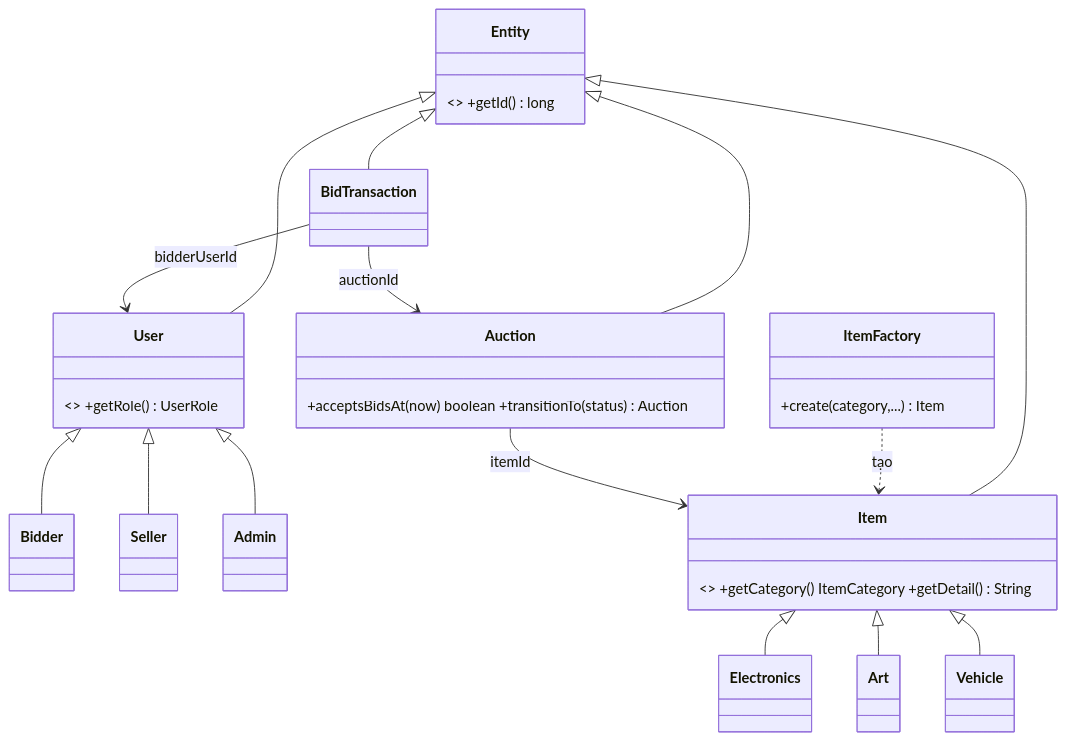
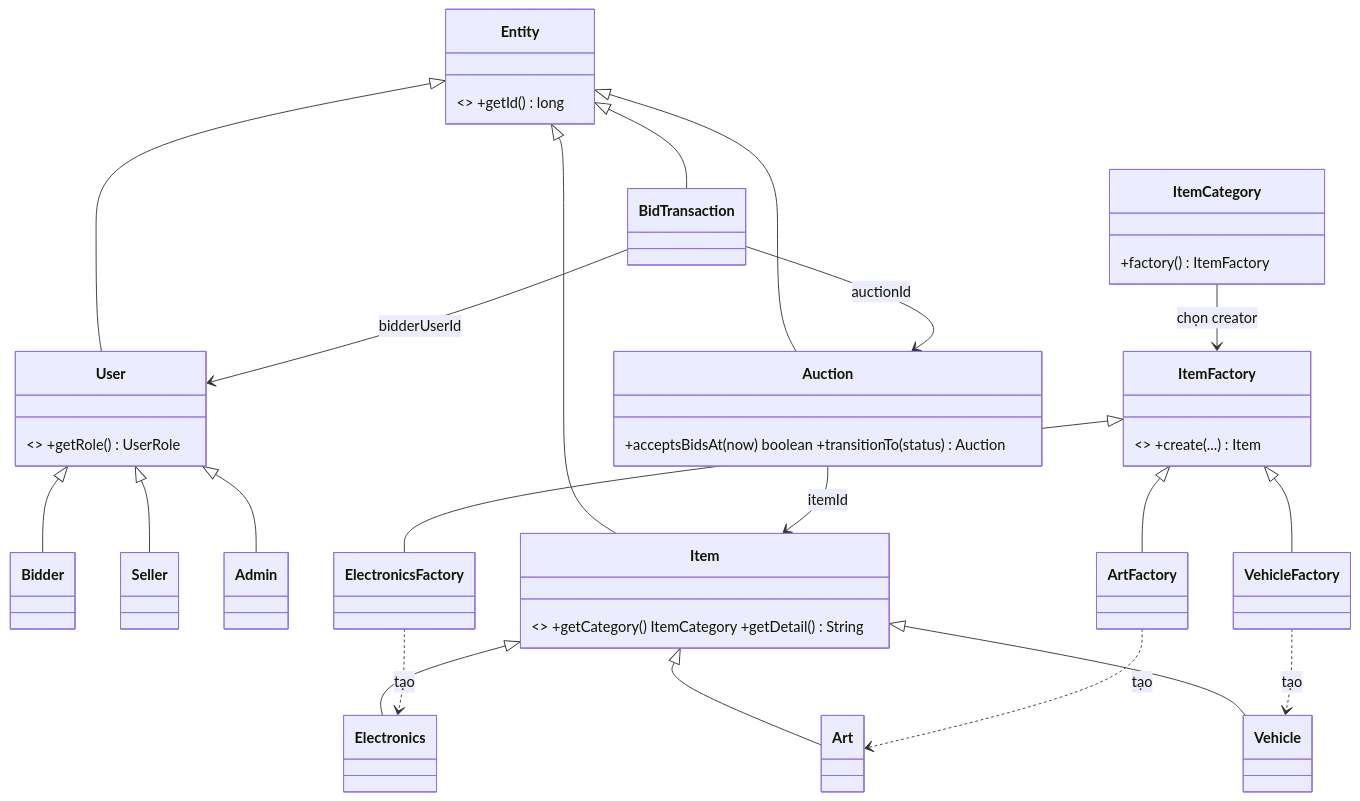
The second of 3 diagrams in docs/ARCHITECTURE.md (Miao-di-code/Fake_Group_XD), drawn with Mermaid before and after one commit. The commit also changed other lines of this file and 12 other files, not shown here.

````diff
--- a/docs/ARCHITECTURE.md
+++ b/docs/ARCHITECTURE.md
@@ -29,29 +29,39 @@
 ```mermaid
 classDiagram
     class Entity { <<abstract>> +getId() long }
     class User { <<abstract>> +getRole() UserRole }
     class Bidder
     class Seller
     class Admin
     class Item { <<abstract>> +getCategory() ItemCategory +getDetail() String }
     class Electronics
     class Art
     class Vehicle
-    class ItemFactory { +create(category,...) Item }
+    class ItemFactory { <<abstract>> +create(...) Item }
+    class ElectronicsFactory
+    class ArtFactory
+    class VehicleFactory
+    class ItemCategory { +factory() ItemFactory }
     class Auction { +acceptsBidsAt(now) boolean +transitionTo(status) Auction }
     class BidTransaction
     Entity <|-- User
     Entity <|-- Item
     Entity <|-- Auction
     Entity <|-- BidTransaction
     User <|-- Bidder
     User <|-- Seller
     User <|-- Admin
     Item <|-- Electronics
     Item <|-- Art
     Item <|-- Vehicle
-    ItemFactory ..> Item : tạo
+    ItemFactory <|-- ElectronicsFactory
+    ItemFactory <|-- ArtFactory
+    ItemFactory <|-- VehicleFactory
+    ItemCategory --> ItemFactory : chọn creator
+    ElectronicsFactory ..> Electronics : tạo
+    ArtFactory ..> Art : tạo
+    VehicleFactory ..> Vehicle : tạo
     Auction --> Item : itemId
     BidTransaction --> Auction : auctionId
     BidTransaction --> User : bidderUserId
 ```
````
